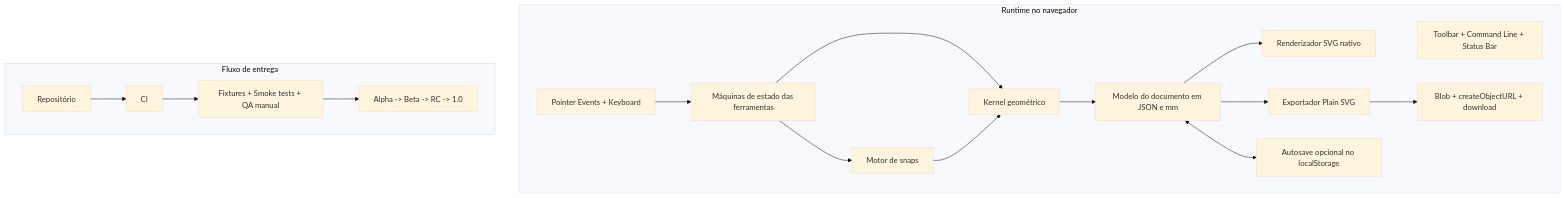
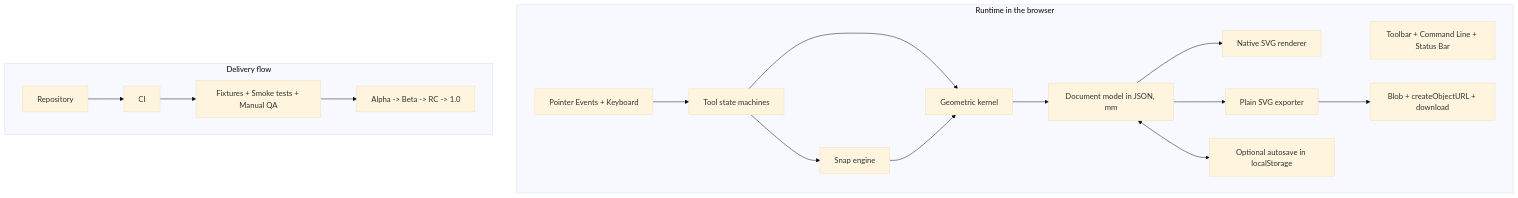
Before and after one commit to grstein/LaserCAD-R14: the diagram in docs/plan.md, drawn with Mermaid (base theme). The commit also changed other lines of this file and 72 other files, not shown here.

First line of the commit message:
chore(i18n): make the repository English-native (LCD-006/007/008)

````diff
--- a/docs/plan.md
+++ b/docs/plan.md
@@ -32,34 +32,34 @@
 ```mermaid
 flowchart TD
-  subgraph Runtime no navegador
+  subgraph Runtime in the browser
     UI[Toolbar + Command Line + Status Bar]
     INPUT[Pointer Events + Keyboard]
-    TOOLS[Máquinas de estado das ferramentas]
-    SNAP[Motor de snaps]
-    KERNEL[Kernel geométrico]
-    MODEL[Modelo do documento em JSON e mm]
-    RENDER[Renderizador SVG nativo]
-    EXPORT[Exportador Plain SVG]
-    STORE[Autosave opcional no localStorage]
+    TOOLS[Tool state machines]
+    SNAP[Snap engine]
+    KERNEL[Geometric kernel]
+    MODEL[Document model in JSON, mm]
+    RENDER[Native SVG renderer]
+    EXPORT[Plain SVG exporter]
+    STORE[Optional autosave in localStorage]
     DL[Blob + createObjectURL + download]
   end
 
   INPUT --> TOOLS
   TOOLS --> SNAP
   TOOLS --> KERNEL
   SNAP --> KERNEL
   KERNEL --> MODEL
   MODEL --> RENDER
   MODEL --> EXPORT
   MODEL <--> STORE
   EXPORT --> DL
 
-  subgraph Fluxo de entrega
-    REPO[Repositório]
+  subgraph Delivery flow
+    REPO[Repository]
     CI[CI]
-    QA[Fixtures + Smoke tests + QA manual]
+    QA[Fixtures + Smoke tests + Manual QA]
     REL[Alpha -> Beta -> RC -> 1.0]
   end
 
   REPO --> CI --> QA --> REL
 ```
````
